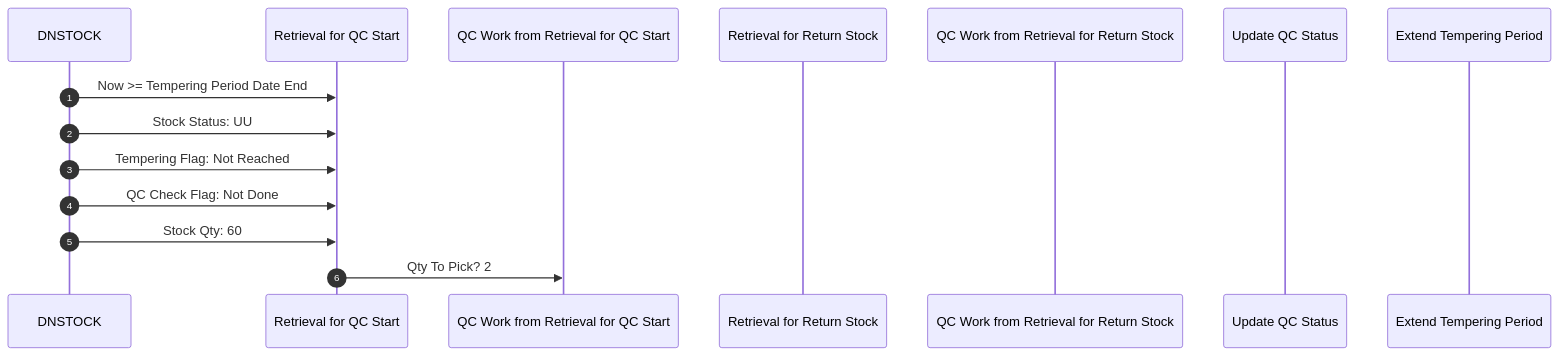
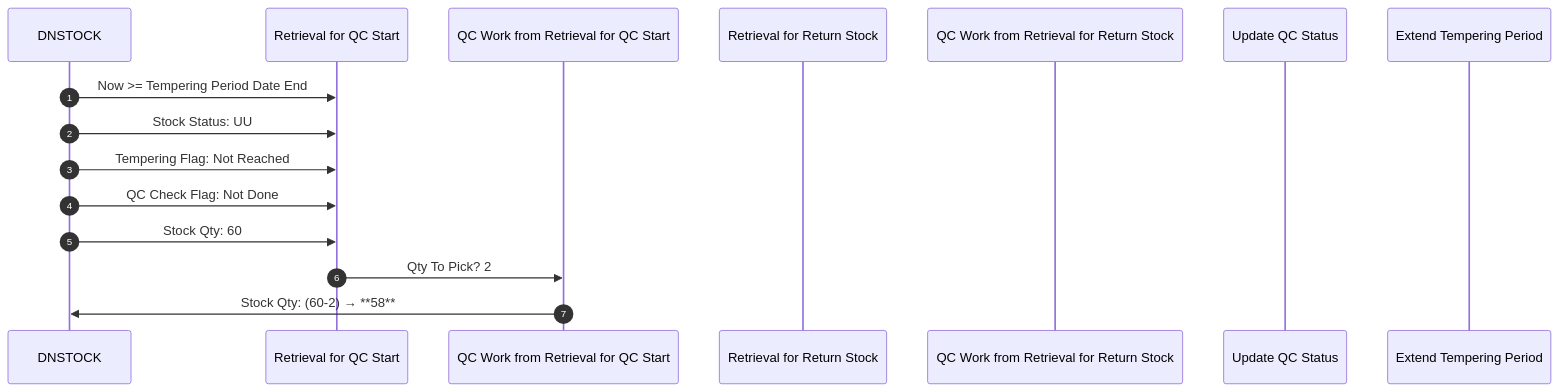
One commit to luthfiadityaa/SimeDarby-Wiki changed the diagram in Basic-Design/DFD-WMS/Retrieval/QC-Setting.md. Above: the diagram before and after it, drawn with Mermaid.

Commit message:
Updated QC Setting

```diff
--- a/Basic-Design/DFD-WMS/Retrieval/QC-Setting.md
+++ b/Basic-Design/DFD-WMS/Retrieval/QC-Setting.md
@@ -11,24 +11,25 @@
 ::: mermaid
 sequenceDiagram
     autonumber
 
     participant DNSTOCK
     participant Retrieval for QC Start
     participant QC Work from Retrieval for QC Start
     participant Retrieval for Return Stock
     participant QC Work from Retrieval for Return Stock
     participant Update QC Status
     participant Extend Tempering Period
 
-    %% --- 1. Tempering Periods Passed ---
+    %% --- 1. Retrieval for QC Start ---
     DNSTOCK ->> Retrieval for QC Start: Now >= Tempering Period Date End
     DNSTOCK ->> Retrieval for QC Start: Stock Status: UU  
     DNSTOCK ->> Retrieval for QC Start: Tempering Flag: Not Reached 
     DNSTOCK ->> Retrieval for QC Start: QC Check Flag: Not Done
     DNSTOCK ->> Retrieval for QC Start: Stock Qty: 60
 
     %% --- 2. Tempering Periods Passed ---
     Retrieval for QC Start ->> QC Work from Retrieval for QC Start: Qty To Pick?  2
 
-
+    %% --- 3. QC Work from Retrieval for QC Start ---
+    QC Work from Retrieval for QC Start ->> DNSTOCK: Stock Qty: (60-2) → **58**
 :::
```
